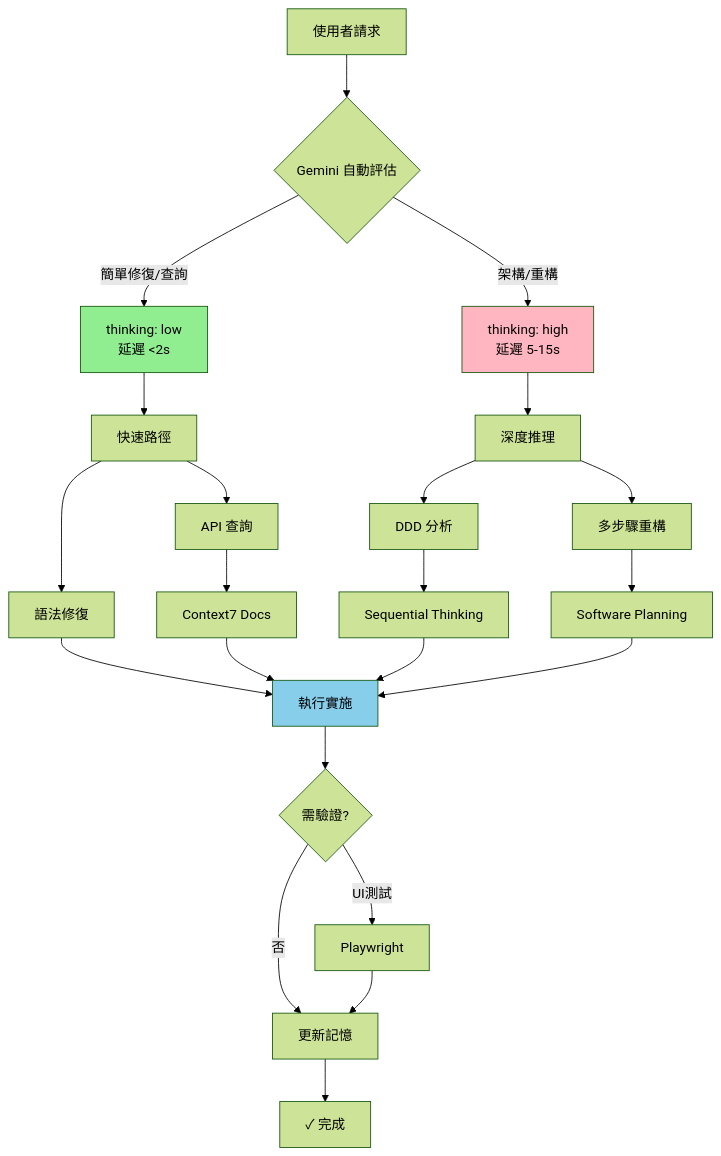
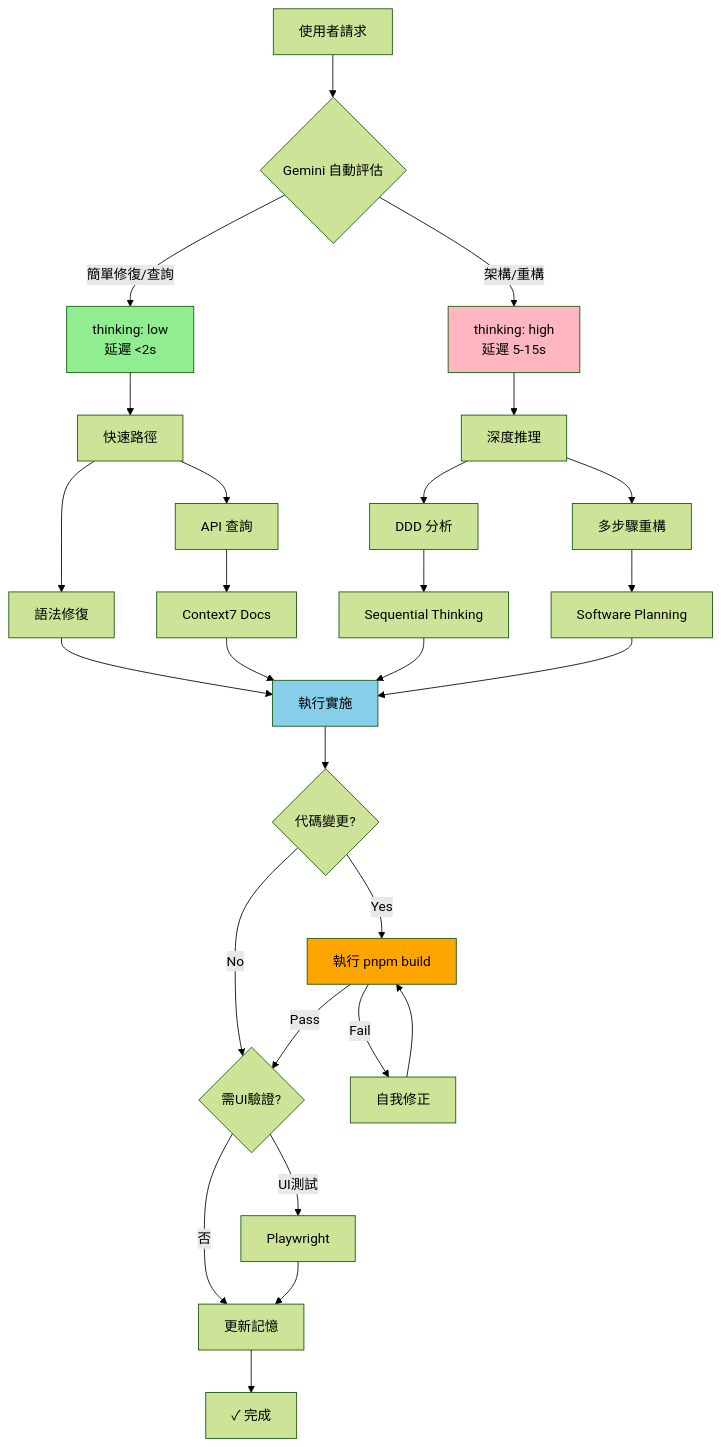
Before and after one commit to 7Spade/Black-Tortoise: the first of 2 diagrams in .github/agents/Gemini-3-Pro-v54_EN-specialized.agent.md, drawn with Mermaid (forest theme). The commit also changed other lines of this file, not shown here.

````diff
--- a/.github/agents/Gemini-3-Pro-v54_EN-specialized.agent.md
+++ b/.github/agents/Gemini-3-Pro-v54_EN-specialized.agent.md
@@ -60,34 +60,42 @@
 ```mermaid
 graph TB
     Input[使用者請求] --> Auto{Gemini 自動評估}
     
     Auto -->|簡單修復/查詢| Low[thinking: low<br/>延遲 <2s]
     Auto -->|架構/重構| High[thinking: high<br/>延遲 5-15s]
     
     Low --> FastPath[快速路徑]
     High --> DeepPath[深度推理]
     
     FastPath --> T1[語法修復]
     FastPath --> T2[API 查詢]
     DeepPath --> T3[DDD 分析]
     DeepPath --> T4[多步驟重構]
     
     T1 --> Execute
     T2 --> Context7[Context7 Docs]
     T3 --> Sequential[Sequential Thinking]
     T4 --> Planning[Software Planning]
     
     Context7 --> Execute[執行實施]
     Sequential --> Execute
     Planning --> Execute
     
-    Execute --> Validate{需驗證?}
+    Execute --> IsCodeChange{代碼變更?}
+    IsCodeChange -->|Yes| BuildCheck[執行 pnpm build]
+    IsCodeChange -->|No| Validate
+    
+    BuildCheck -->|Fail| AutoFix[自我修正]
+    AutoFix --> BuildCheck
+    BuildCheck -->|Pass| Validate{需UI驗證?}
+    
     Validate -->|UI測試| Playwright
     Validate -->|否| Memory[更新記憶]
     Playwright --> Memory
     Memory --> Done[✓ 完成]
     
     style Low fill:#90EE90
     style High fill:#FFB6C1
     style Execute fill:#87CEEB
+    style BuildCheck fill:#FFA500
 ```
````
